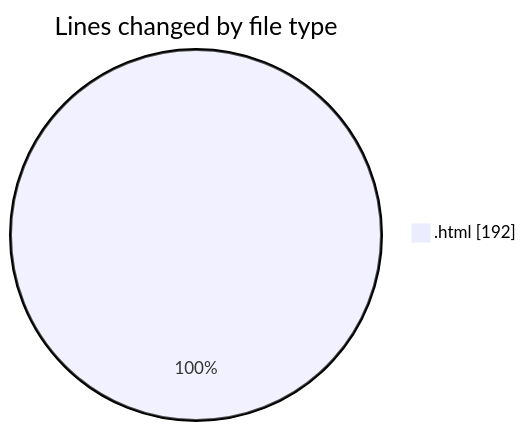
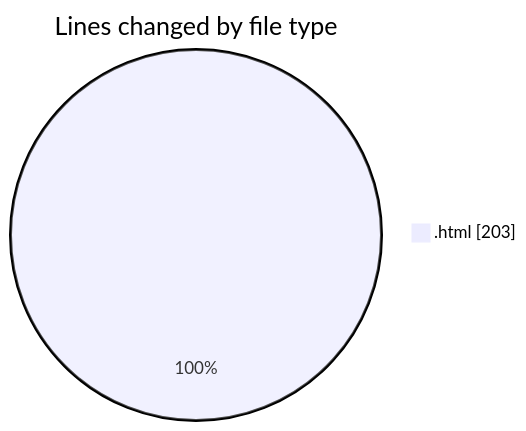
One commit to LanceThiago/code-tracking changed the first of 2 diagrams in 2025-01-07/nueva_carpeta/README.md. Above: the diagram before and after it, drawn with Mermaid. The commit also changed other lines of this file and 1 other file, not shown here.

````diff
--- a/2025-01-07/nueva_carpeta/README.md
+++ b/2025-01-07/nueva_carpeta/README.md
@@ -20,5 +20,5 @@
 ```mermaid
 pie showData
 title Lines changed by file type
-".html" : 192
+".html" : 203
 ```
````
